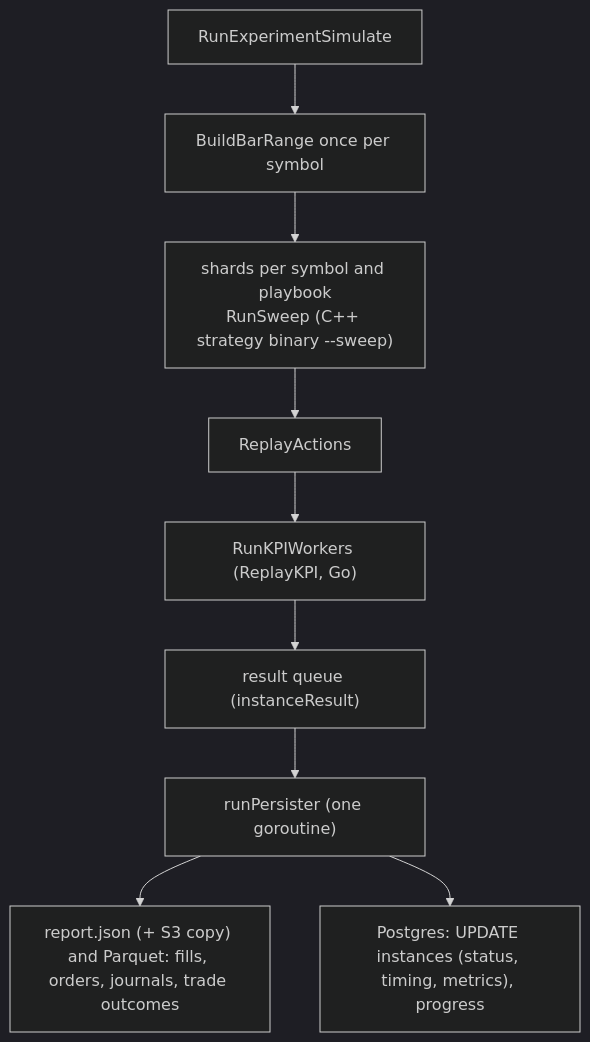
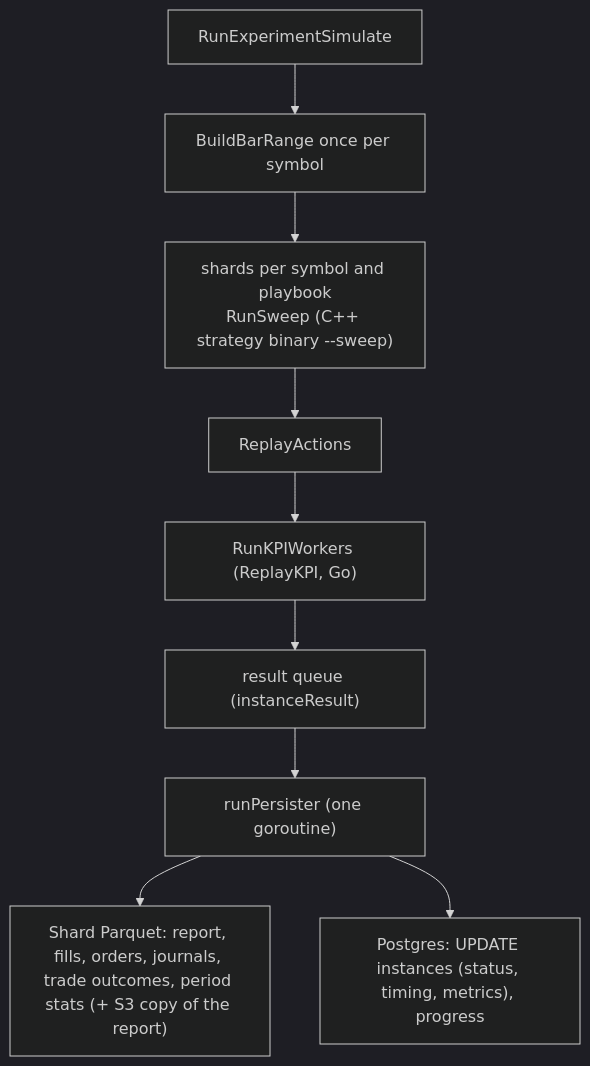
Before and after one commit to MaxBernstetter/dagobert: the second of 4 diagrams in docs/architecture/experiment-data-flow.md, drawn with Mermaid (dark theme). The commit also changed other lines of this file and 40 other files, not shown here.

First line of the commit message:
Write instance outputs as shard files: one Parquet per datatype, a row group per instance

````diff
--- a/docs/architecture/experiment-data-flow.md
+++ b/docs/architecture/experiment-data-flow.md
@@ -40,11 +40,11 @@
 ```mermaid
 flowchart TD
     S["RunExperimentSimulate"] --> C1["BuildBarRange once per symbol"]
     C1 --> C2["shards per symbol and playbook<br/>RunSweep (C++ strategy binary --sweep)"]
     C2 --> C3["ReplayActions"]
     C3 --> C4["RunKPIWorkers (ReplayKPI, Go)"]
     C4 --> Q["result queue (instanceResult)"]
     Q --> PS["runPersister (one goroutine)"]
-    PS --> R["report.json (+ S3 copy) and Parquet: fills, orders, journals, trade outcomes"]
+    PS --> R["Shard Parquet: report, fills, orders, journals, trade outcomes, period stats (+ S3 copy of the report)"]
     PS --> PG["Postgres: UPDATE instances (status, timing, metrics), progress"]
 ```
````
